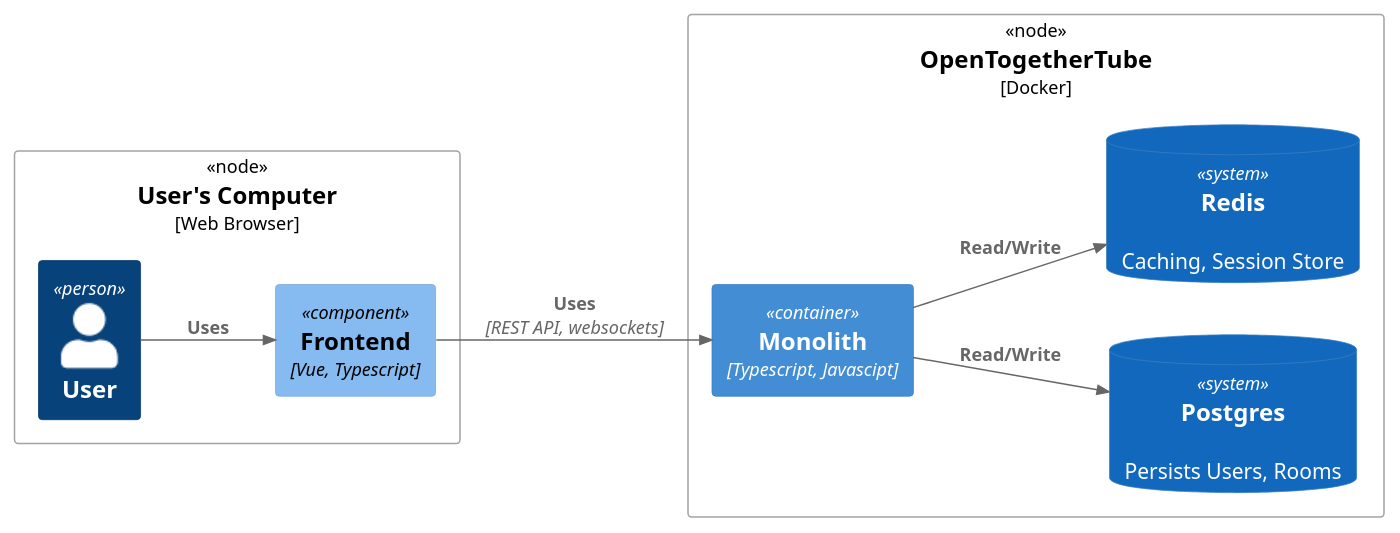
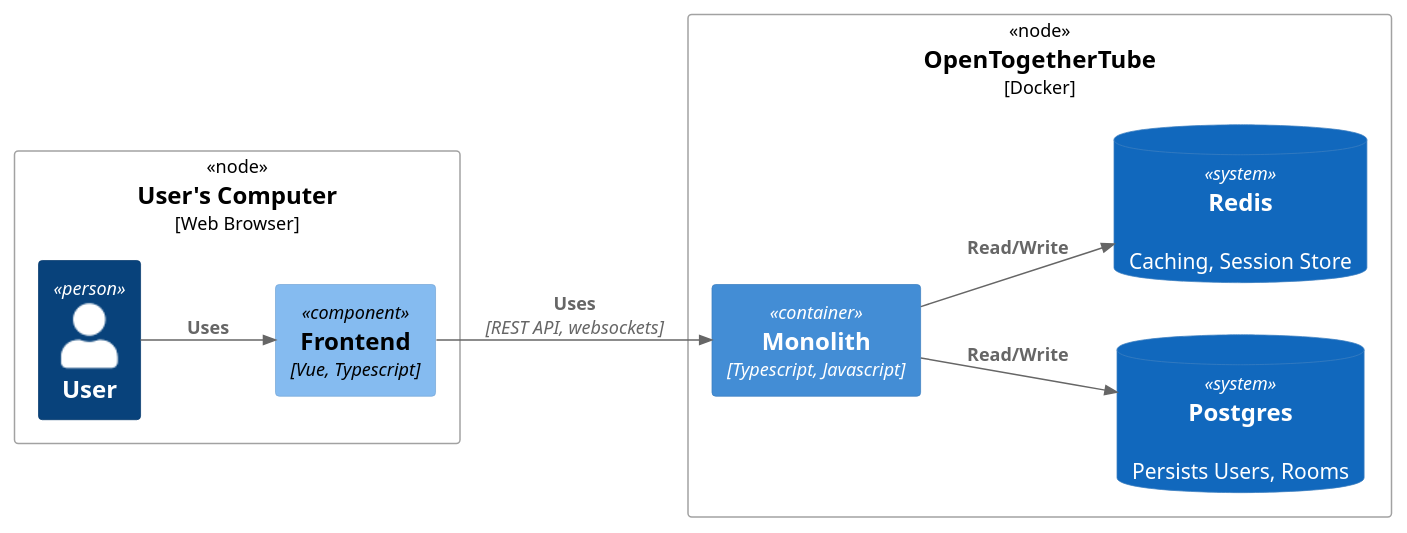
One commit to dyc3/senior-design changed the diagram in figures/deploy/deployment-current.puml. Above: the diagram before and after it, drawn with PlantUML. The commit also changed 20 other files, not shown here.

```diff
--- a/figures/deploy/deployment-current.puml
+++ b/figures/deploy/deployment-current.puml
@@ -1,23 +1,23 @@
 @startuml
 !include <C4/C4_Deployment>
 !include <C4/C4_Component>
 
 left to right direction
 
 Deployment_Node(browser, "User's Computer", "Web Browser") {
     Person(user, "User")
     Component(frontend, "Frontend", "Vue, Typescript")
 }
 
 Deployment_Node(ott, "OpenTogetherTube", "Docker") {
-    Container(monolith, "Monolith", "Typescript, Javascipt")
+    Container(monolith, "Monolith", "Typescript, Javascript")
     SystemDb(postgres, "Postgres", "Persists Users, Rooms")
     SystemDb(redis, "Redis", "Caching, Session Store")
 }
 
 Rel(user, frontend, "Uses")
 Rel(frontend, monolith, "Uses", "REST API, websockets")
 Rel(monolith, postgres, "Read/Write")
 Rel(monolith, redis, "Read/Write")
 
 @enduml
```
